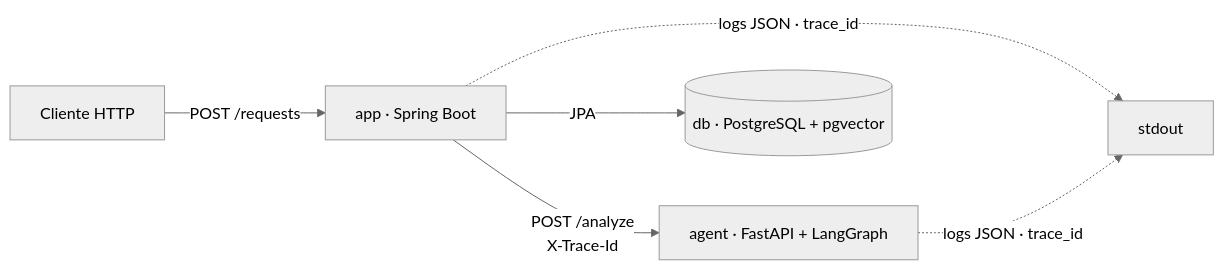
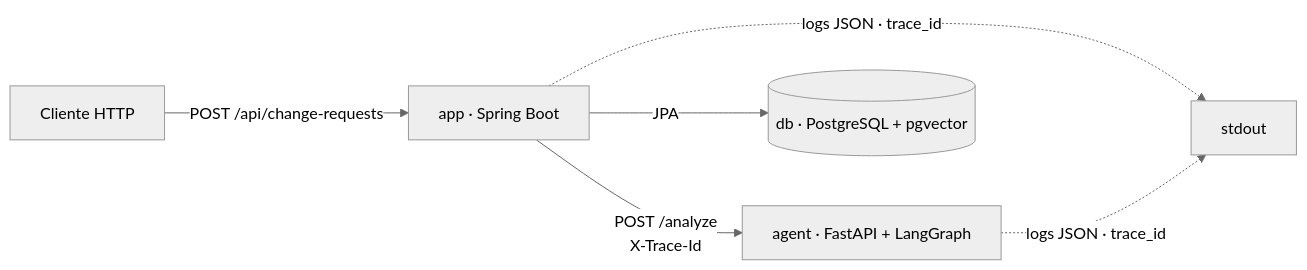
The diagram in README.md (thiagocaandrade/ai-change-request-analyzer), drawn with Mermaid (neutral theme) before and after one commit. The commit also changed other lines of this file, not shown here.

````diff
--- a/README.md
+++ b/README.md
@@ -18,8 +18,8 @@
 ```mermaid
 flowchart LR
-    Client[Cliente HTTP] -->|POST /requests| App[app · Spring Boot]
+    Client[Cliente HTTP] -->|POST /api/change-requests| App[app · Spring Boot]
     App -->|POST /analyze<br/>X-Trace-Id| Agent[agent · FastAPI + LangGraph]
     App -->|JPA| DB[(db · PostgreSQL + pgvector)]
     App -.->|logs JSON · trace_id| Logs[stdout]
     Agent -.->|logs JSON · trace_id| Logs
 ```
````
